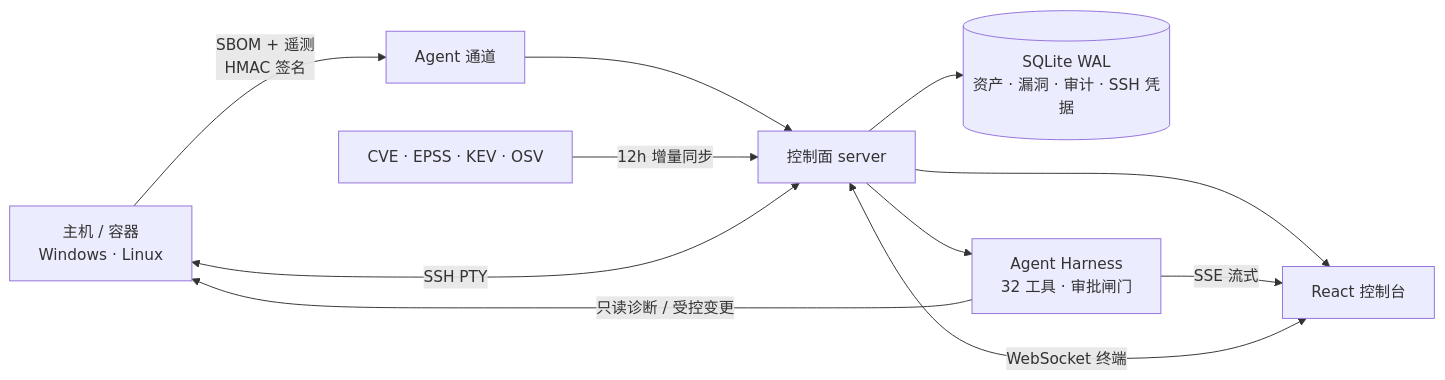
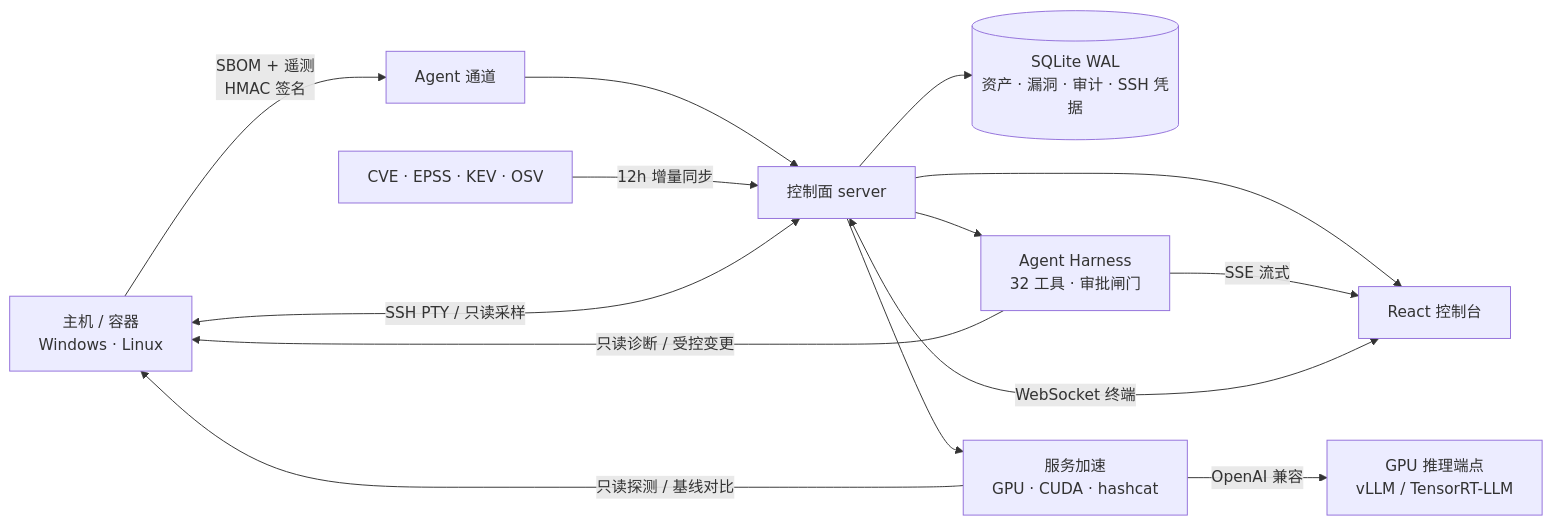
The diagram in README.md (NoraStory/vulnagent), drawn with Mermaid before and after one commit. The commit also changed other lines of this file and 18 other files, not shown here.

````diff
--- a/README.md
+++ b/README.md
@@ -125,13 +129,16 @@
 ```mermaid
 flowchart LR
   H["主机 / 容器<br/>Windows · Linux"] -->|"SBOM + 遥测<br/>HMAC 签名"| A["Agent 通道"]
   A --> S["控制面 server"]
   I["CVE · EPSS · KEV · OSV"] -->|"12h 增量同步"| S
   S --> D[("SQLite WAL<br/>资产 · 漏洞 · 审计 · SSH 凭据")]
   S --> W["React 控制台"]
   W <-->|"WebSocket 终端"| S
-  S <-->|"SSH PTY"| H
+  S <-->|"SSH PTY / 只读采样"| H
   S --> G["Agent Harness<br/>32 工具 · 审批闸门"]
   G -->|"SSE 流式"| W
   G -->|"只读诊断 / 受控变更"| H
+  S --> X["服务加速<br/>GPU · CUDA · hashcat"]
+  X -->|"只读探测 / 基线对比"| H
+  X -->|"OpenAI 兼容"| M["GPU 推理端点<br/>vLLM / TensorRT-LLM"]
 ```
````
